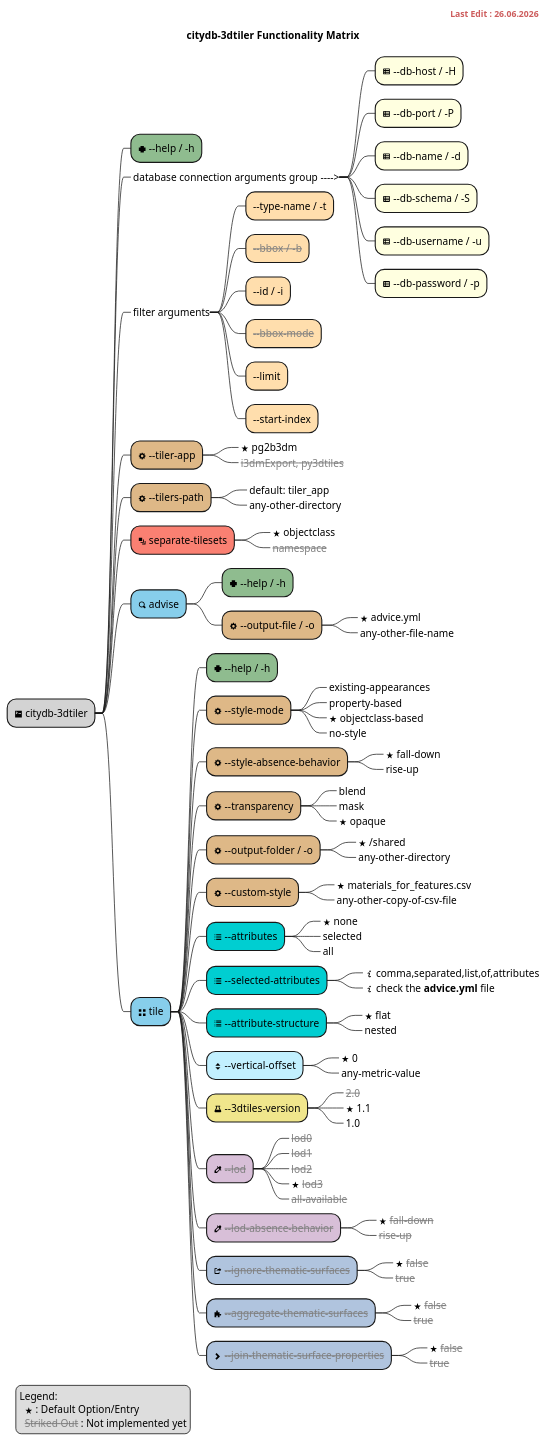
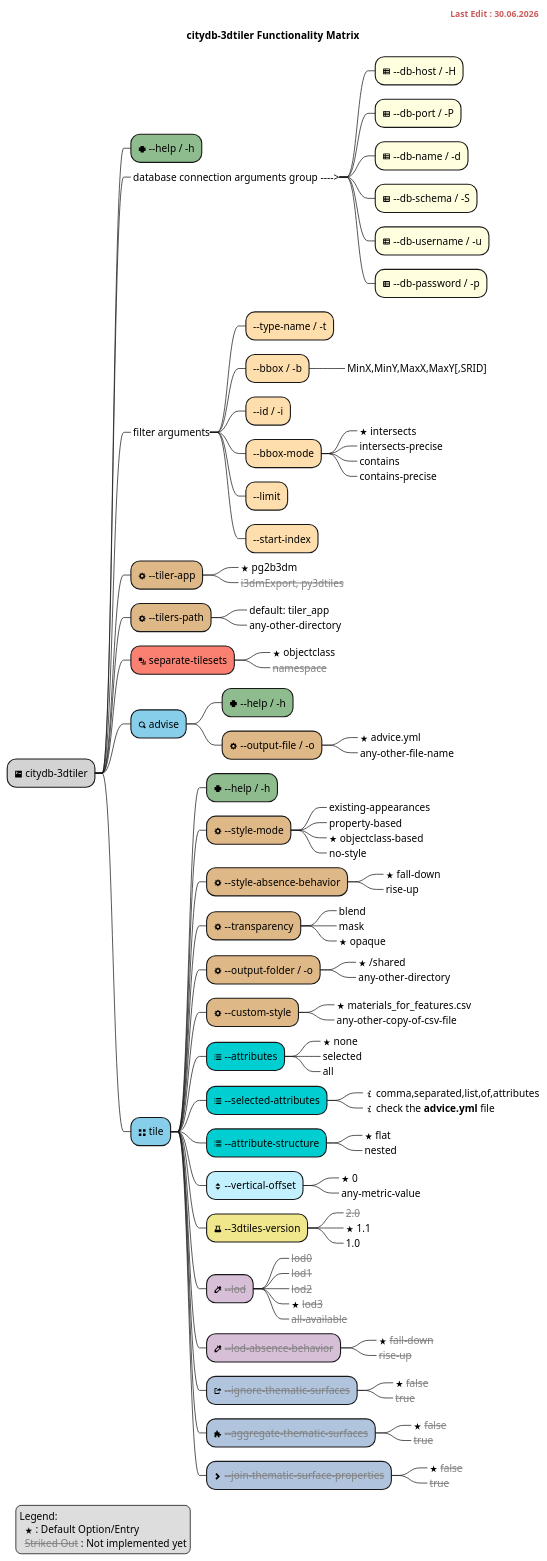
Before and after one commit to tum-gis/citydb-3dtiler: the first of 4 diagrams in docs/developer_docs.md, drawn with PlantUML. The commit also changed other lines of this file and 6 other files, not shown here.

Commit message:
filter bbox and bbox-mode(s) added.

```diff
--- a/docs/developer_docs.md
+++ b/docs/developer_docs.md
@@ -19,7 +19,7 @@
 title citydb-3dtiler Functionality Matrix
 
 right header
-<font color=indianred size=12><b>Last Edit : 26.06.2026</b></font>
+<font color=indianred size=12><b>Last Edit : 30.06.2026</b></font>
 endheader
 
 *[#lightgray] <&terminal> citydb-3dtiler
@@ -36,9 +36,14 @@
 
 **_ filter arguments
 ***[#navajowhite] --type-name / -t
-***[#navajowhite] <font color=gray><s>--bbox / -b</s></font>
+***[#navajowhite] --bbox / -b
+****_ MinX,MinY,MaxX,MaxY[,SRID]
 ***[#navajowhite] --id / -i
-***[#navajowhite] <font color=gray><s>--bbox-mode</s></font>
+***[#navajowhite] --bbox-mode
+****_ <&star> intersects
+****_ intersects-precise
+****_ contains
+****_ contains-precise
 ***[#navajowhite] --limit
 ***[#navajowhite] --start-index
 
```
